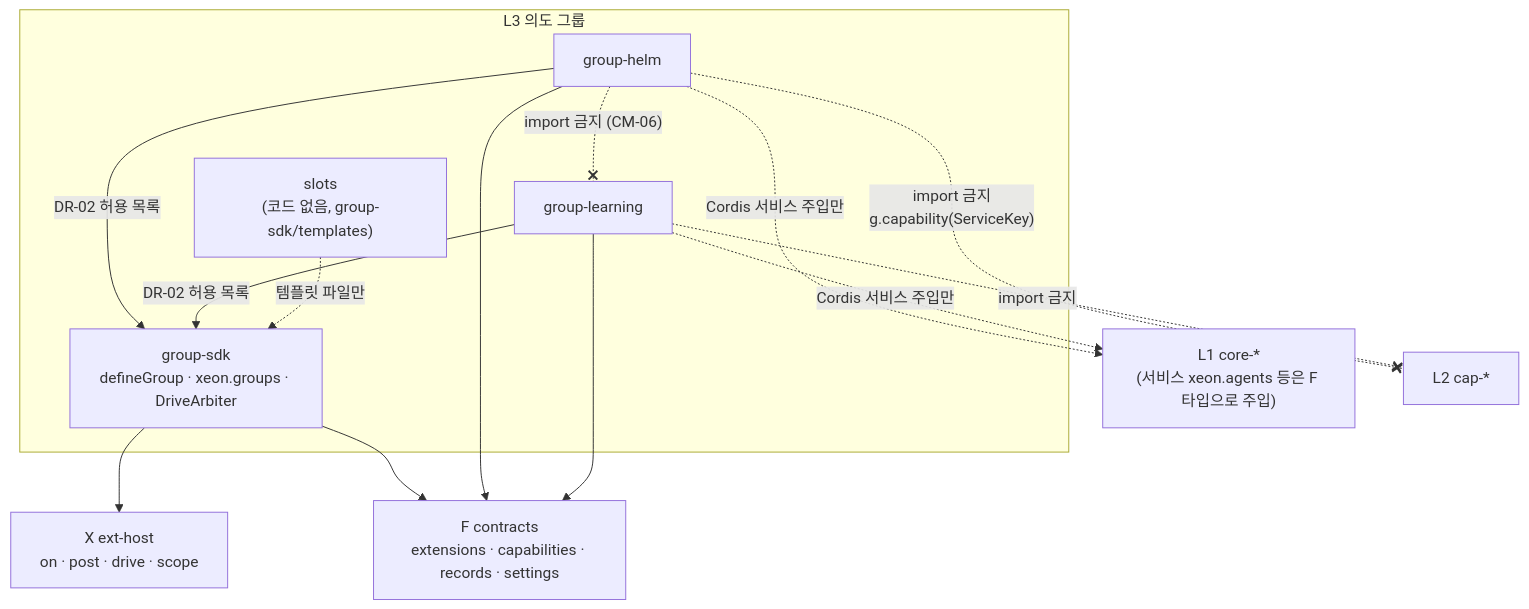
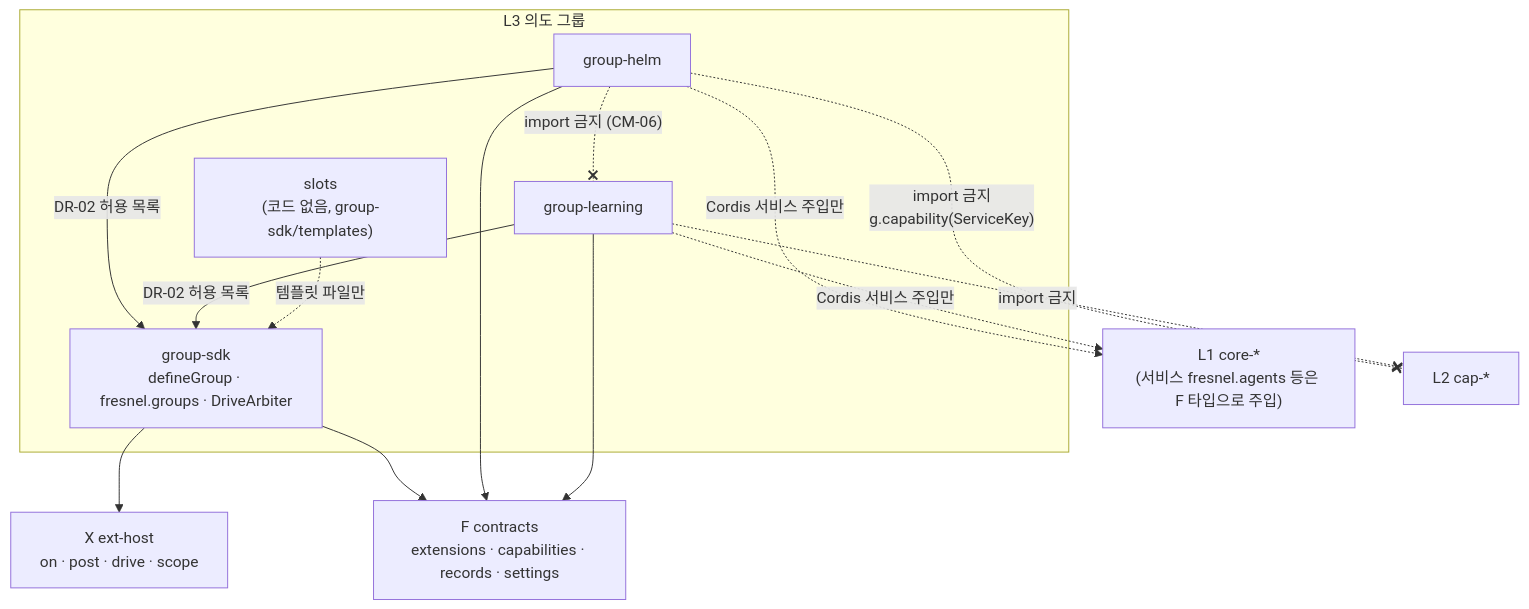
Before and after one commit to Rengod95/Helm-Agent_Docs_OS: the first of 2 diagrams in docs/xeon/L3/README.md, drawn with Mermaid. The commit also changed other lines of this file and 2082 other files, not shown here.

First line of the commit message:
fresnel(all): 패키지 범위 @fresnel/*, 서비스 이름 fresnel.*, 규칙 id, 예외 주석을 기계 치환한다

````diff
--- a/docs/xeon/L3/README.md
+++ b/docs/xeon/L3/README.md
@@ -57,26 +57,26 @@
 ```mermaid
 flowchart TD
   subgraph L3["L3 의도 그룹"]
-    kit["group-sdk<br/>defineGroup · xeon.groups · DriveArbiter"]
+    kit["group-sdk<br/>defineGroup · fresnel.groups · DriveArbiter"]
     helm["group-helm"]
     learn["group-learning"]
     slots["slots<br/>(코드 없음, group-sdk/templates)"]
   end
   F["F contracts<br/>extensions · capabilities · records · settings"]
   X["X ext-host<br/>on · post · drive · scope"]
-  L1["L1 core-*<br/>(서비스 xeon.agents 등은 F 타입으로 주입)"]
+  L1["L1 core-*<br/>(서비스 fresnel.agents 등은 F 타입으로 주입)"]
   CAP["L2 cap-*"]
 
   helm -->|"DR-02 허용 목록"| kit
   learn -->|"DR-02 허용 목록"| kit
   slots -.->|"템플릿 파일만"| kit
   kit --> X
   kit --> F
   helm --> F
   learn --> F
   helm -.->|"Cordis 서비스 주입만"| L1
   learn -.->|"Cordis 서비스 주입만"| L1
   helm -. "import 금지<br/>g.capability(ServiceKey)" .-x CAP
   learn -. "import 금지" .-x CAP
   helm -. "import 금지 (CM-06)" .-x learn
 ```
````
